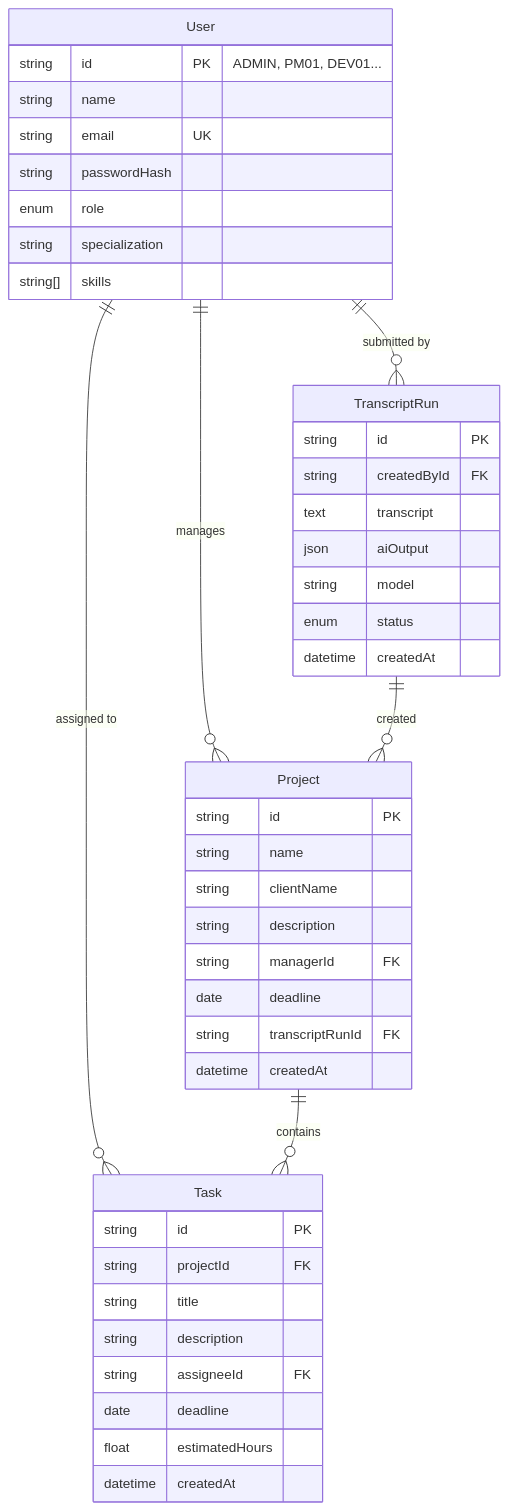
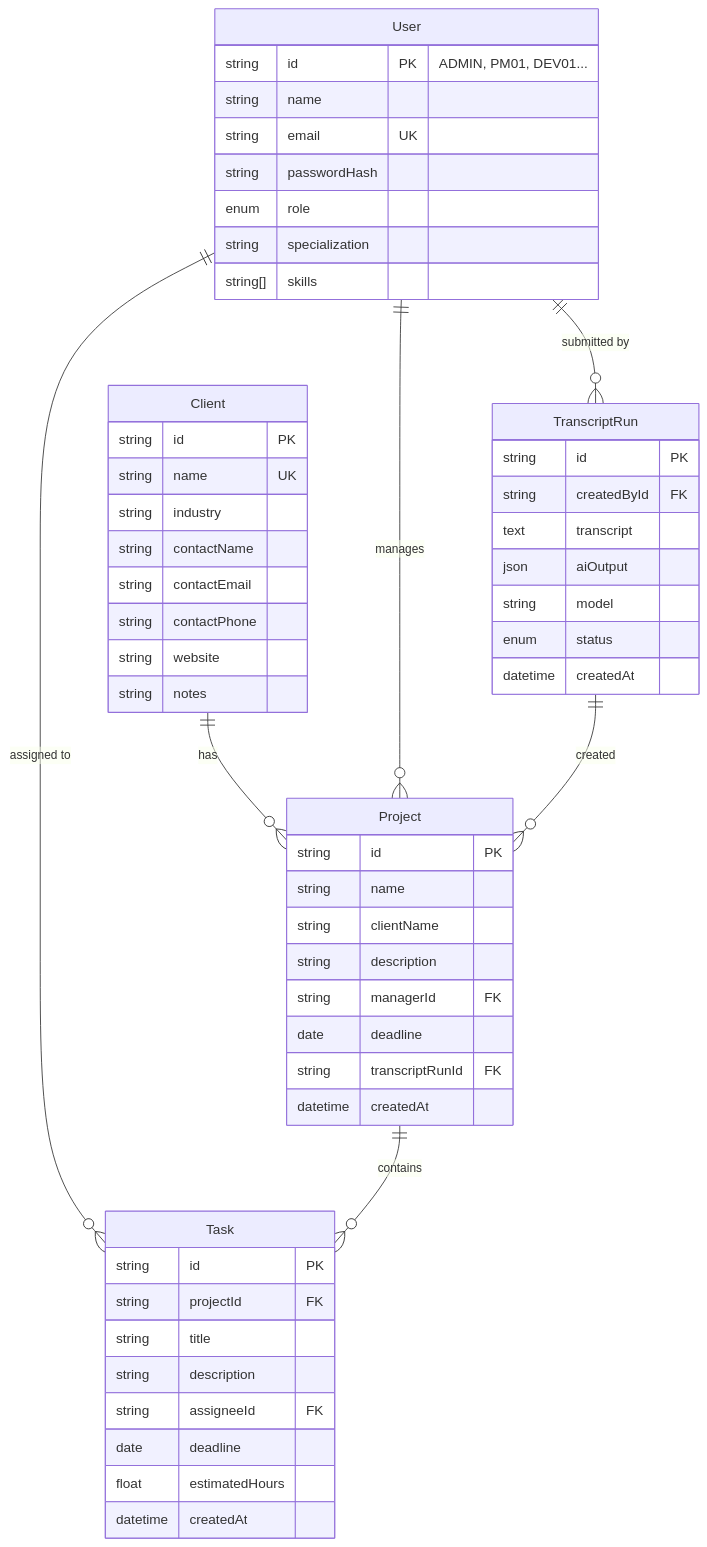
The second of 2 diagrams in docs/ARCHITECTURE.md (Suleman-Saleh/InfinityHackathon), drawn with Mermaid before and after one commit. The commit also changed other lines of this file and 21 other files, not shown here.

````diff
--- a/docs/ARCHITECTURE.md
+++ b/docs/ARCHITECTURE.md
@@ -164,13 +168,15 @@
 ```mermaid
 erDiagram
+    Client ||--o{ Project : has
     User ||--o{ Project : manages
     User ||--o{ Task : "assigned to"
     Project ||--o{ Task : contains
     User ||--o{ TranscriptRun : "submitted by"
     TranscriptRun ||--o{ Project : created
 
+    Client { string id PK string name UK string industry string contactName string contactEmail string contactPhone string website string notes }
     User { string id PK "ADMIN, PM01, DEV01..." string name string email UK string passwordHash enum role string specialization string[] skills }
     Project { string id PK string name string clientName string description string managerId FK date deadline string transcriptRunId FK datetime createdAt }
     Task { string id PK string projectId FK string title string description string assigneeId FK date deadline float estimatedHours datetime createdAt }
     TranscriptRun { string id PK string createdById FK text transcript json aiOutput string model enum status datetime createdAt }
 ```
````
